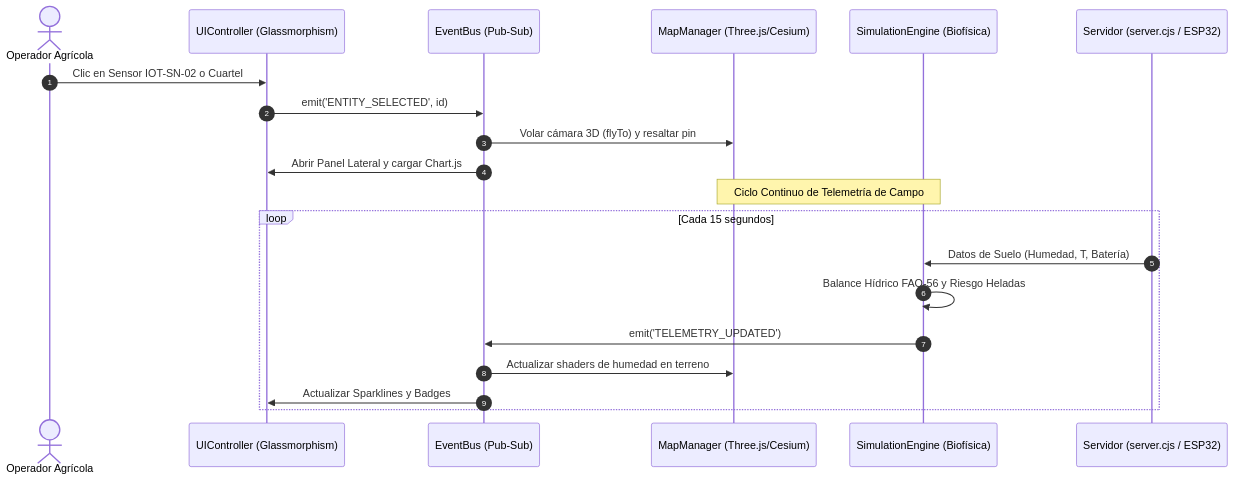
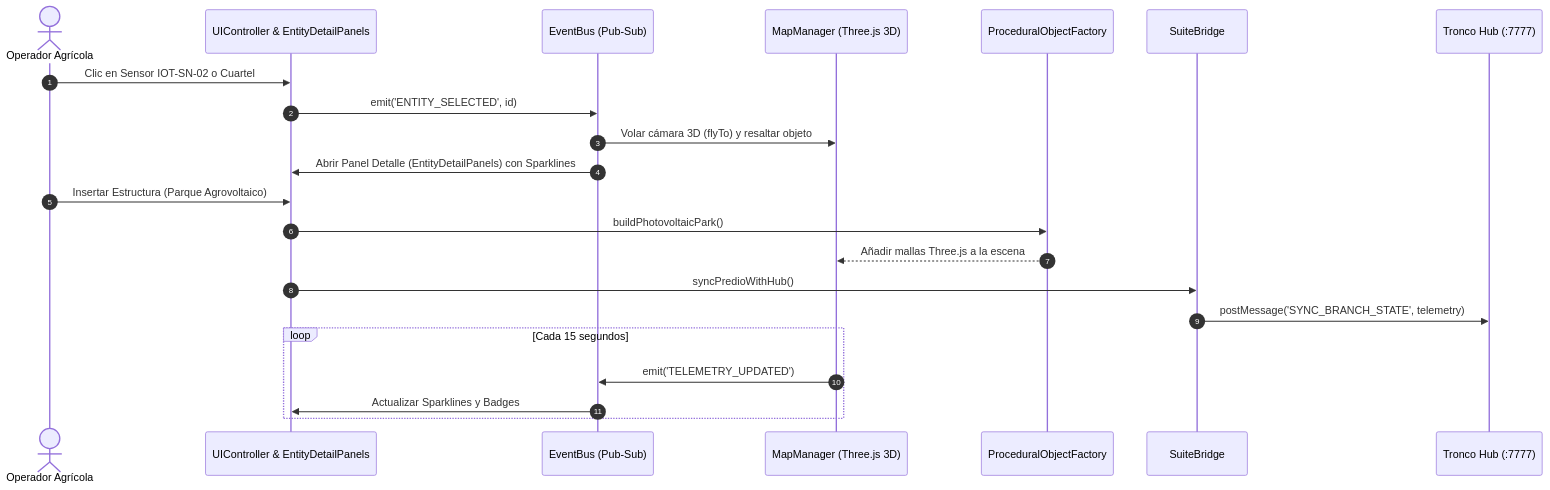
One commit to danisantanderurrutia-coder/agritwin-app changed the second of 2 diagrams in docs/STACK_TECNOLOGICO_ARQUITECTURA_AGRITWIN.md. Above: the diagram before and after it, drawn with Mermaid. The commit also changed other lines of this file and 92 other files, not shown here.

````diff
--- a/docs/STACK_TECNOLOGICO_ARQUITECTURA_AGRITWIN.md
+++ b/docs/STACK_TECNOLOGICO_ARQUITECTURA_AGRITWIN.md
@@ -94,25 +182,27 @@
 ```mermaid
 sequenceDiagram
     autonumber
     actor Operador as Operador Agrícola
-    participant UI as UIController (Glassmorphism)
+    participant UI as UIController & EntityDetailPanels
     participant Bus as EventBus (Pub-Sub)
-    participant Map as MapManager (Three.js/Cesium)
-    participant Sim as SimulationEngine (Biofísica)
-    participant HW as Servidor (server.cjs / ESP32)
+    participant Map as MapManager (Three.js 3D)
+    participant Fact as ProceduralObjectFactory
+    participant Bridge as SuiteBridge
+    participant Hub as Tronco Hub (:7777)
 
     Operador->>UI: Clic en Sensor IOT-SN-02 o Cuartel
     UI->>Bus: emit('ENTITY_SELECTED', id)
-    Bus->>Map: Volar cámara 3D (flyTo) y resaltar pin
-    Bus->>UI: Abrir Panel Lateral y cargar Chart.js
+    Bus->>Map: Volar cámara 3D (flyTo) y resaltar objeto
+    Bus->>UI: Abrir Panel Detalle (EntityDetailPanels) con Sparklines
 
-    Note over Map,Sim: Ciclo Continuo de Telemetría de Campo
+    Operador->>UI: Insertar Estructura (Parque Agrovoltaico)
+    UI->>Fact: buildPhotovoltaicPark()
+    Fact-->>Map: Añadir mallas Three.js a la escena
+    UI->>Bridge: syncPredioWithHub()
+    Bridge->>Hub: postMessage('SYNC_BRANCH_STATE', telemetry)
 
     loop Cada 15 segundos
-        HW->>Sim: Datos de Suelo (Humedad, T, Batería)
-        Sim->>Sim: Balance Hídrico FAO-56 y Riesgo Heladas
-        Sim->>Bus: emit('TELEMETRY_UPDATED')
-        Bus->>Map: Actualizar shaders de humedad en terreno
+        Map->>Bus: emit('TELEMETRY_UPDATED')
         Bus->>UI: Actualizar Sparklines y Badges
     end
 ```
````
